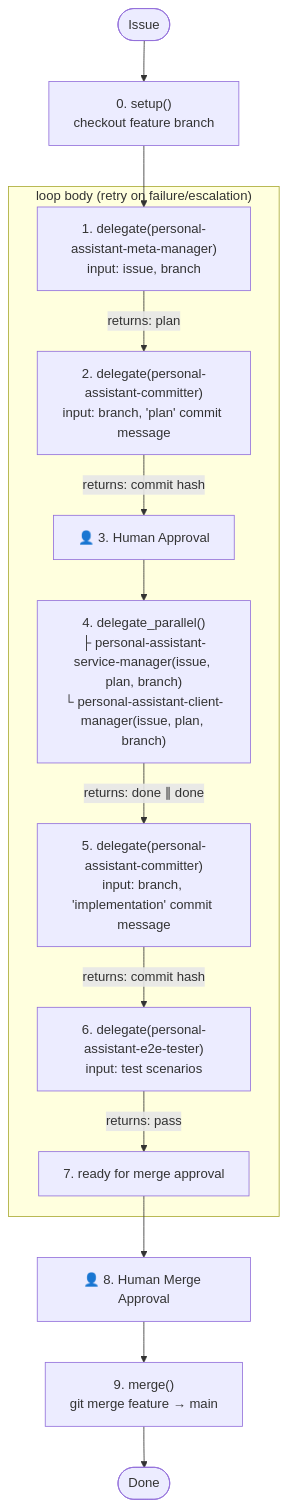
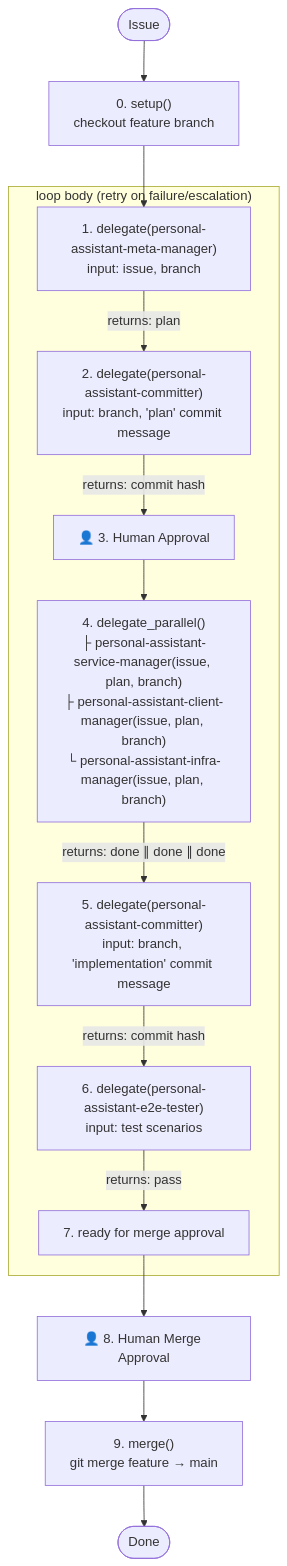
Before and after one commit to T-1009/personal-assistant: the diagram in .opencode/agents/personal-assistant-manager.md, drawn with Mermaid. The commit also changed other lines of this file and 8 other files, not shown here.

````diff
--- a/.opencode/agents/personal-assistant-manager.md
+++ b/.opencode/agents/personal-assistant-manager.md
@@ -41,27 +42,27 @@
 ```mermaid
 flowchart TD
     START(["Issue"])
 
     START --> S0["0. setup()<br/>checkout feature branch"]
 
     S0 --> S1
 
     subgraph LOOP["loop body (retry on failure/escalation)"]
         S1["1. delegate(personal-assistant-meta-manager)<br/>input: issue, branch"]
         S1 -- "returns: plan" --> S2["2. delegate(personal-assistant-committer)<br/>input: branch, 'plan' commit message"]
 
         S2 -- "returns: commit hash" --> G1["👤 3. Human Approval"]
 
-        G1 --> S3["4. delegate_parallel()<br/>├ personal-assistant-service-manager(issue, plan, branch)<br/>└ personal-assistant-client-manager(issue, plan, branch)"]
-        S3 -- "returns: done ∥ done" --> S4["5. delegate(personal-assistant-committer)<br/>input: branch, 'implementation' commit message"]
+        G1 --> S3["4. delegate_parallel()<br/>├ personal-assistant-service-manager(issue, plan, branch)<br/>├ personal-assistant-client-manager(issue, plan, branch)<br/>└ personal-assistant-infra-manager(issue, plan, branch)"]
+        S3 -- "returns: done ∥ done ∥ done" --> S4["5. delegate(personal-assistant-committer)<br/>input: branch, 'implementation' commit message"]
 
         S4 -- "returns: commit hash" --> S5["6. delegate(personal-assistant-e2e-tester)<br/>input: test scenarios"]
 
         S5 -- "returns: pass" --> S6["7. ready for merge approval"]
     end
 
     S6 --> G2["👤 8. Human Merge Approval"]
 
     G2 --> S7["9. merge()<br/>git merge feature → main"]
     S7 --> DONE(["Done"])
 ```
````
